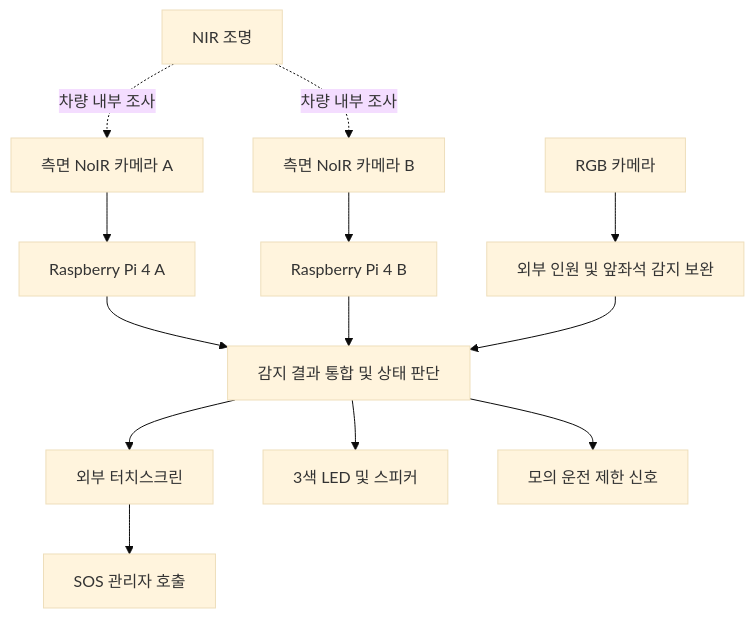
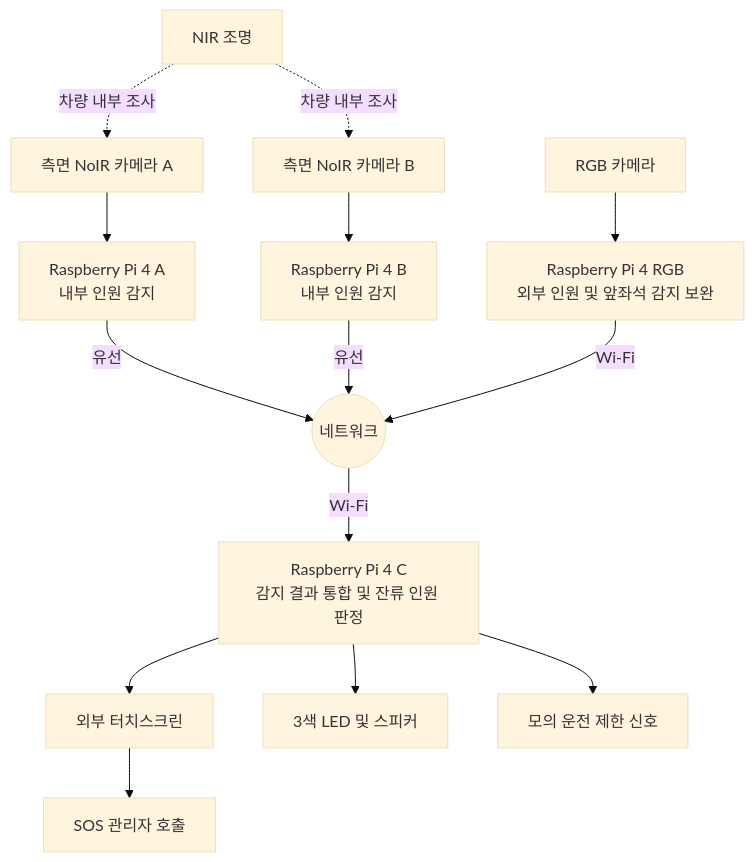
Before and after one commit to Hyundai-AI/parking-occupant-detection: the diagram in README.md, drawn with Mermaid (base theme). The commit also changed other lines of this file and 2 other files, not shown here.

Commit message:
docs: Pi 4대 구성 반영 및 ARCHITECTURE.md 추가
- DEC-003·DEC-005: Raspberry Pi 4를 4대로 정정 (NoIR A·B, RGB 전용 Pi, 판정 Pi C)
- 보드 연결: A·B 유선, C·RGB Wi-Fi. EXP-012 Wi-Fi 지연 결과와 미확정 항목 추가
- README: 구성도와 하드웨어 표를 4대 구성으로 수정
- ARCHITECTURE.md: 보드별 역할, 판단 원칙, 상태와 판정, 출력 연결 표(제안), 열린 항목

````diff
--- a/README.md
+++ b/README.md
@@ -39,15 +39,16 @@
 ```mermaid
 flowchart TD
-    A[측면 NoIR 카메라 A] --> C[Raspberry Pi 4 A]
-    B[측면 NoIR 카메라 B] --> D[Raspberry Pi 4 B]
+    A[측면 NoIR 카메라 A] --> C[Raspberry Pi 4 A<br/>내부 인원 감지]
+    B[측면 NoIR 카메라 B] --> D[Raspberry Pi 4 B<br/>내부 인원 감지]
     L[NIR 조명] -. 차량 내부 조사 .-> A
     L -. 차량 내부 조사 .-> B
-    E[RGB 카메라] --> F[외부 인원 및 앞좌석 감지 보완]
-    C --> G[감지 결과 통합 및 상태 판단]
-    D --> G
-    F --> G
+    E[RGB 카메라] --> F[Raspberry Pi 4 RGB<br/>외부 인원 및 앞좌석 감지 보완]
+    C -- 유선 --> N((네트워크))
+    D -- 유선 --> N
+    F -- Wi-Fi --> N
+    N -- Wi-Fi --> G[Raspberry Pi 4 C<br/>감지 결과 통합 및 잔류 인원 판정]
     G --> H[외부 터치스크린]
     G --> I[3색 LED 및 스피커]
     G --> J[모의 운전 제한 신호]
     H --> K[SOS 관리자 호출]
 ```
````
